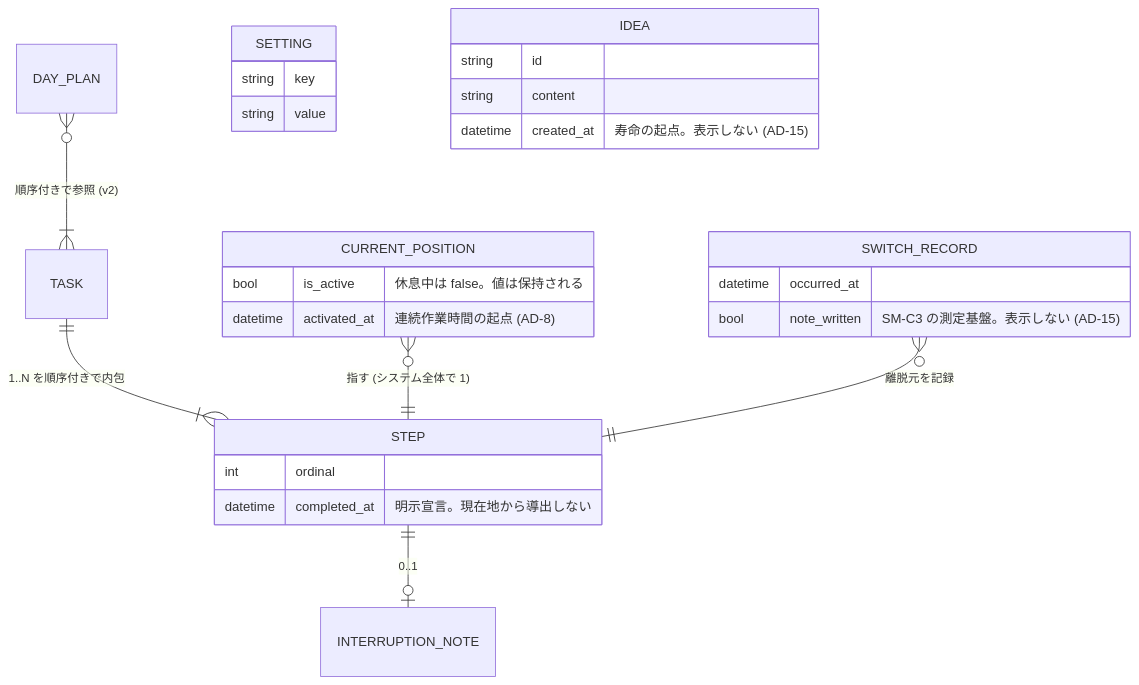
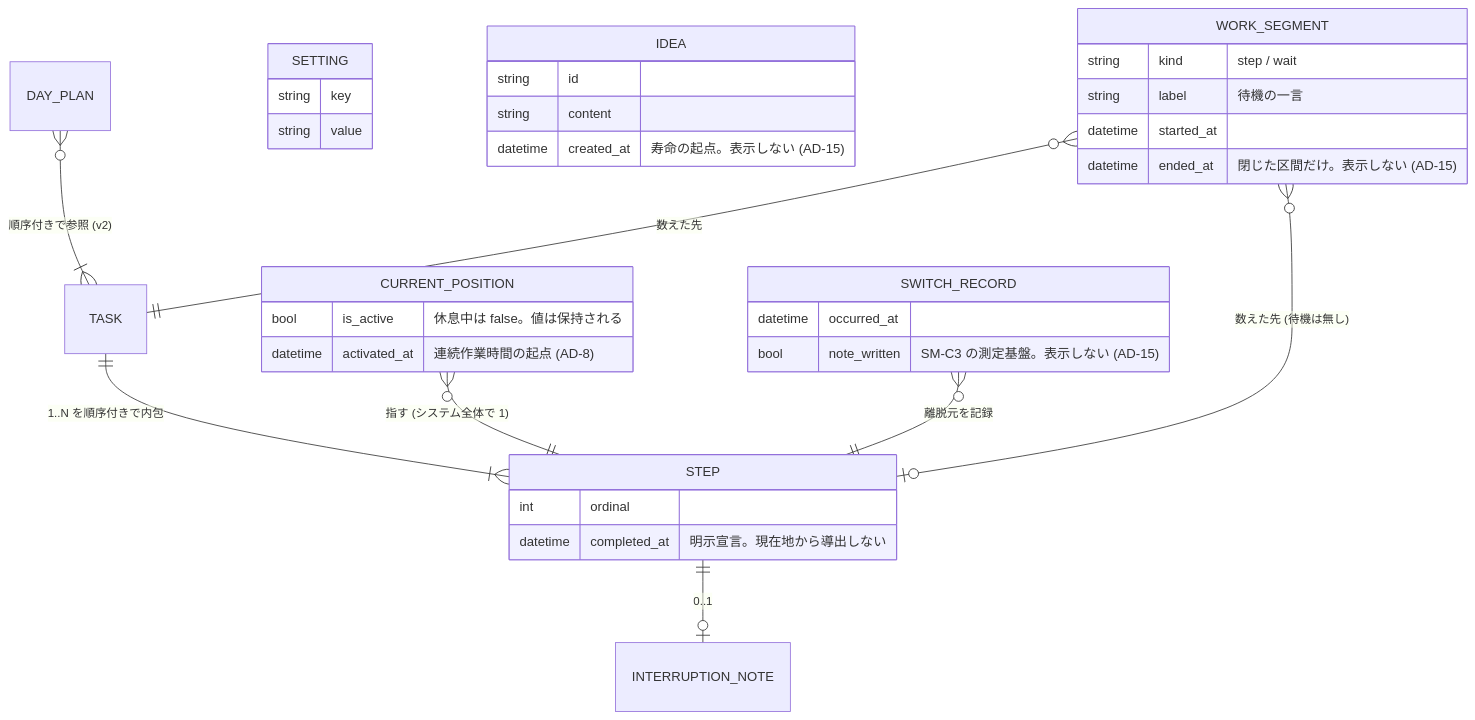
One commit to onzuka24/my-task-manager changed the second of 3 diagrams in _bmad-output/planning-artifacts/architecture/architecture-my-task-manager-2026-09-15/ARCHITECTURE-SPINE.md. Above: the diagram before and after it, drawn with Mermaid. The commit also changed other lines of this file and 20 other files, not shown here.

````diff
--- a/_bmad-output/planning-artifacts/architecture/architecture-my-task-manager-2026-09-15/ARCHITECTURE-SPINE.md
+++ b/_bmad-output/planning-artifacts/architecture/architecture-my-task-manager-2026-09-15/ARCHITECTURE-SPINE.md
@@ -268,29 +273,37 @@
 ```mermaid
 erDiagram
   TASK ||--|{ STEP : "1..N を順序付きで内包"
   STEP ||--o| INTERRUPTION_NOTE : "0..1"
   CURRENT_POSITION }o--|| STEP : "指す (システム全体で 1)"
   SWITCH_RECORD }o--|| STEP : "離脱元を記録"
   DAY_PLAN }o--|{ TASK : "順序付きで参照 (v2)"
   STEP {
     int ordinal
     datetime completed_at "明示宣言。現在地から導出しない"
   }
   CURRENT_POSITION {
     bool is_active "休息中は false。値は保持される"
     datetime activated_at "連続作業時間の起点 (AD-8)"
   }
   SWITCH_RECORD {
     datetime occurred_at
     bool note_written "SM-C3 の測定基盤。表示しない (AD-15)"
   }
   SETTING {
     string key
     string value
   }
   IDEA {
     string id
     string content
     datetime created_at "寿命の起点。表示しない (AD-15)"
   }
+  WORK_SEGMENT }o--|| TASK : "数えた先"
+  WORK_SEGMENT }o--o| STEP : "数えた先 (待機は無し)"
+  WORK_SEGMENT {
+    string kind "step / wait"
+    string label "待機の一言"
+    datetime started_at
+    datetime ended_at "閉じた区間だけ。表示しない (AD-15)"
+  }
 ```
````
